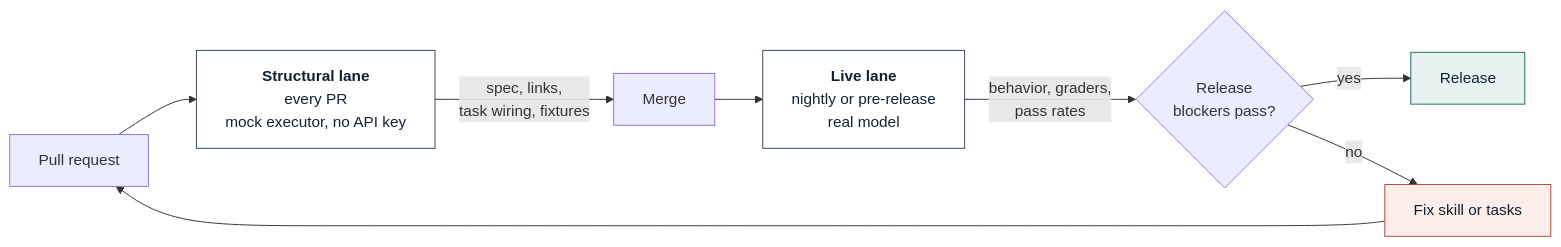
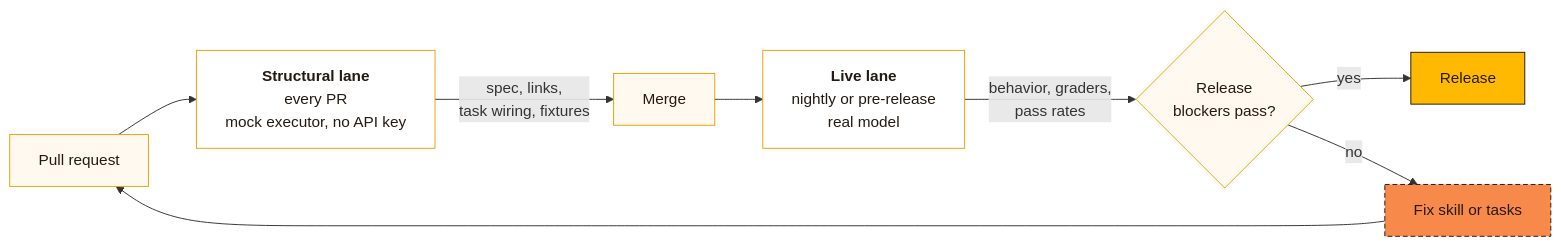
One commit to pswider/autopilot-scout-apac changed the diagram in docs/release-gates.md. Above: the diagram before and after it, drawn with Mermaid. The commit also changed 10 other files, not shown here.

````diff
--- a/docs/release-gates.md
+++ b/docs/release-gates.md
@@ -7,17 +7,18 @@
 ```mermaid
 flowchart LR
     PR["Pull request"] --> S["<b>Structural lane</b><br/>every PR<br/>mock executor, no API key"]
     S -->|"spec, links,<br/>task wiring, fixtures"| M["Merge"]
     M --> L["<b>Live lane</b><br/>nightly or pre-release<br/>real model"]
     L -->|"behavior, graders,<br/>pass rates"| R{"Release<br/>blockers pass?"}
     R -->|yes| SHIP["Release"]
     R -->|no| FIX["Fix skill or tasks"]
     FIX --> PR
 
-    classDef lane fill:#FFFFFF,stroke:#34465A,color:#132030
-    classDef ok fill:#E6F2EF,stroke:#1F6B5C,color:#132030
-    classDef bad fill:#FBEDEA,stroke:#A5493A,color:#132030
+    classDef default fill:#FFF9F0,stroke:#EAA300,color:#241A12
+    classDef lane fill:#FFFFFF,stroke:#EAA300,color:#241A12
+    classDef ok fill:#FFB900,stroke:#241A12,color:#241A12
+    classDef bad fill:#F7894A,stroke:#241A12,color:#241A12,stroke-dasharray:5 3
     class S,L lane
     class SHIP ok
     class FIX bad
 ```
````
